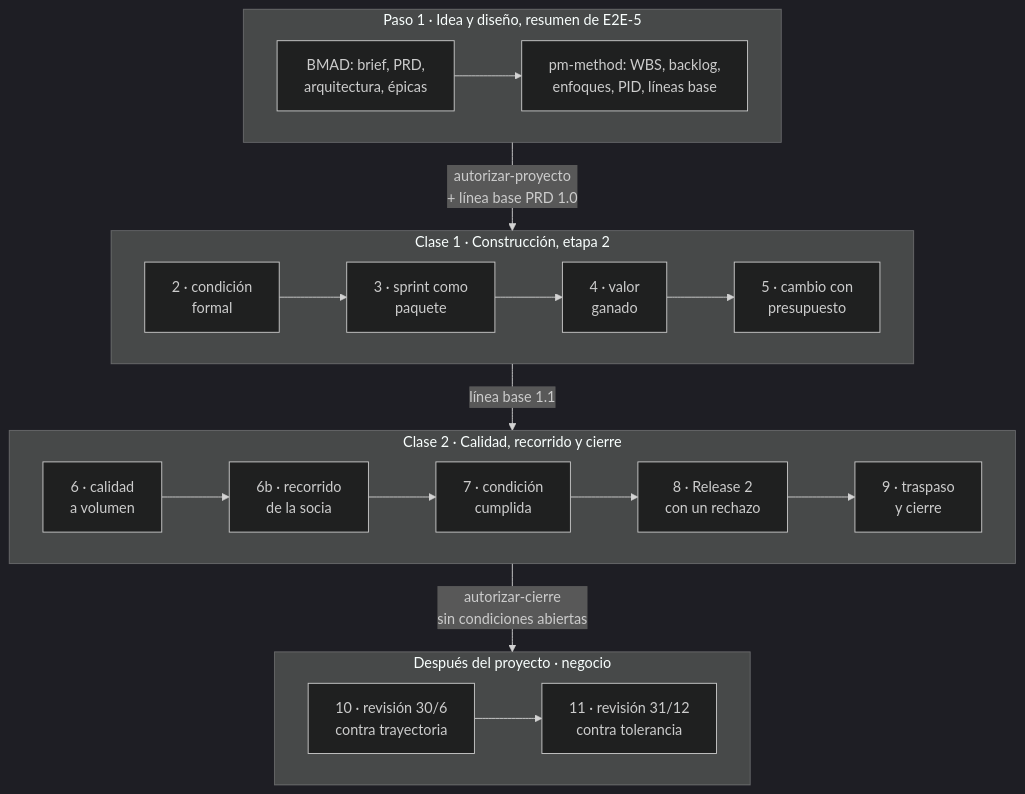
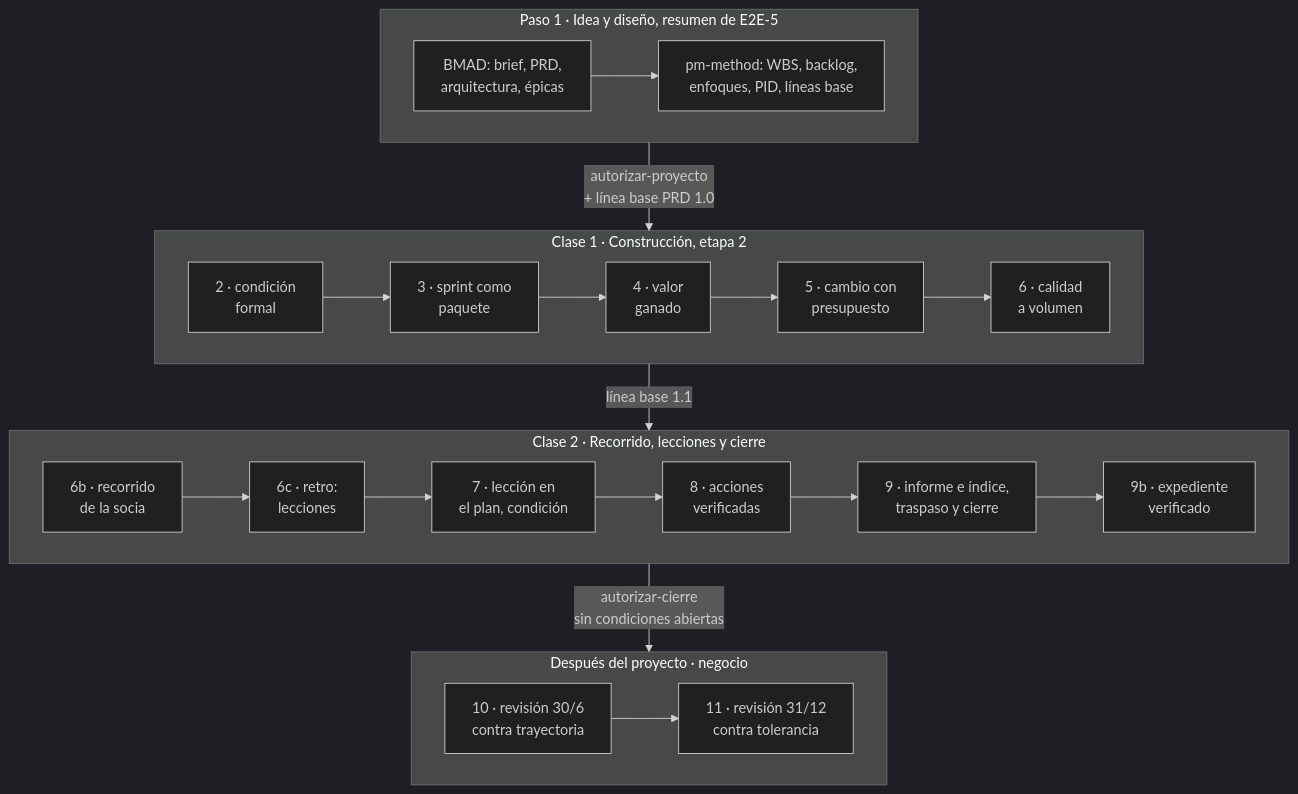
One commit to Arturo-Penas-Rial/pm-method changed the first of 5 diagrams in docs/guias/E2E-4-producto-bmad.md. Above: the diagram before and after it, drawn with Mermaid (dark theme). The commit also changed other lines of this file and 284 other files, not shown here.

````diff
--- a/docs/guias/E2E-4-producto-bmad.md
+++ b/docs/guias/E2E-4-producto-bmad.md
@@ -88,22 +108,22 @@
 ```mermaid
 flowchart TB
     subgraph A["Paso 1 · Idea y diseño, resumen de E2E-5"]
         direction LR
         a1["BMAD: brief, PRD,<br/>arquitectura, épicas"] --> a2["pm-method: WBS, backlog,<br/>enfoques, PID, líneas base"]
     end
     subgraph B["Clase 1 · Construcción, etapa 2"]
         direction LR
-        b1["2 · condición<br/>formal"] --> b2["3 · sprint como<br/>paquete"] --> b3["4 · valor<br/>ganado"] --> b4["5 · cambio con<br/>presupuesto"]
+        b1["2 · condición<br/>formal"] --> b2["3 · sprint como<br/>paquete"] --> b3["4 · valor<br/>ganado"] --> b4["5 · cambio con<br/>presupuesto"] --> b5["6 · calidad<br/>a volumen"]
     end
-    subgraph C["Clase 2 · Calidad, recorrido y cierre"]
+    subgraph C["Clase 2 · Recorrido, lecciones y cierre"]
         direction LR
-        c1["6 · calidad<br/>a volumen"] --> c1b["6b · recorrido<br/>de la socia"] --> c2["7 · condición<br/>cumplida"] --> c3["8 · Release 2<br/>con un rechazo"] --> c4["9 · traspaso<br/>y cierre"]
+        c1b["6b · recorrido<br/>de la socia"] --> c1c["6c · retro:<br/>lecciones"] --> c2["7 · lección en<br/>el plan, condición"] --> c3["8 · acciones<br/>verificadas"] --> c4["9 · informe e índice,<br/>traspaso y cierre"] --> c5["9b · expediente<br/>verificado"]
     end
     subgraph D["Después del proyecto · negocio"]
         direction LR
         d1["10 · revisión 30/6<br/>contra trayectoria"] --> d2["11 · revisión 31/12<br/>contra tolerancia"]
     end
     A -->|"autorizar-proyecto<br/>+ línea base PRD 1.0"| B
     B -->|"línea base 1.1"| C
     C -->|"autorizar-cierre<br/>sin condiciones abiertas"| D
 ```
````
